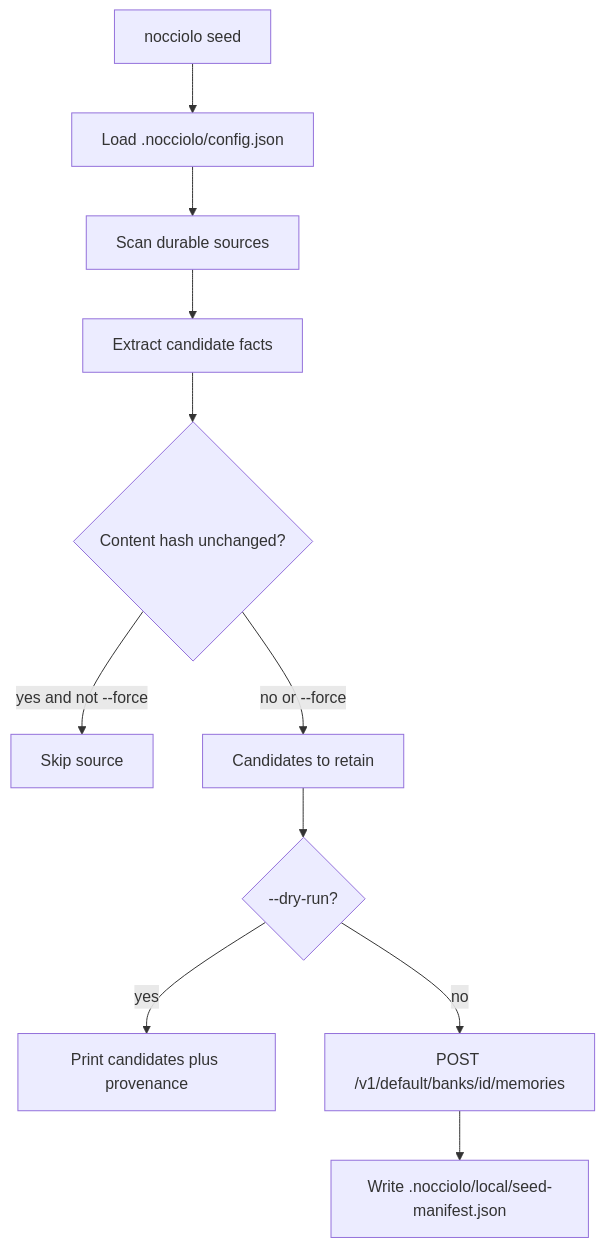
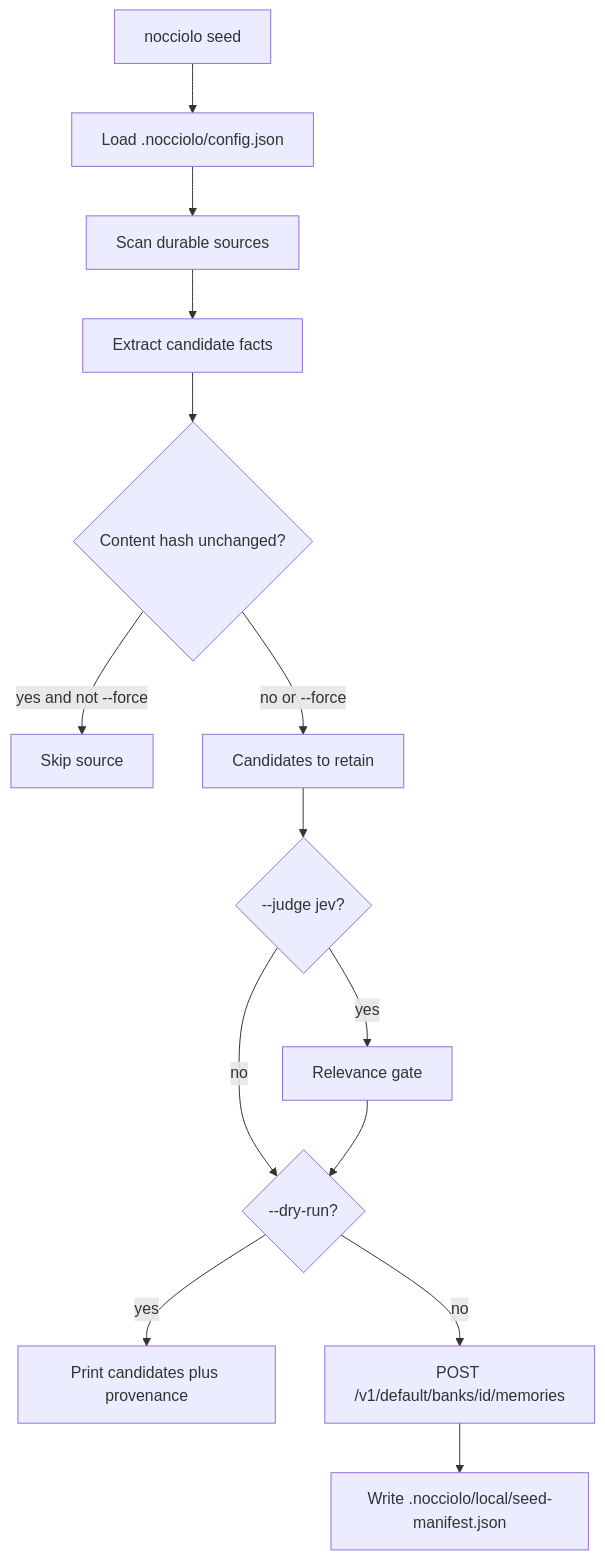
Before and after one commit to zanuka/nocciolo: the second of 2 diagrams in docs/cli-architecture.md, drawn with Mermaid. The commit also changed other lines of this file and 11 other files, not shown here.

Commit message:
Add a Jev relevance gate before seed retain so ephemeral sections are skipped only when the judge is confident.

````diff
--- a/docs/cli-architecture.md
+++ b/docs/cli-architecture.md
@@ -77,13 +77,16 @@
 ```mermaid
 flowchart TD
   start[nocciolo seed] --> loadCfg[Load .nocciolo/config.json]
   loadCfg --> findSources[Scan durable sources]
   findSources --> extract[Extract candidate facts]
   extract --> hashCheck{Content hash unchanged?}
   hashCheck -->|yes and not --force| skip[Skip source]
   hashCheck -->|no or --force| candidates[Candidates to retain]
-  candidates --> dry{--dry-run?}
+  candidates --> judge{--judge jev?}
+  judge -->|no| dry{--dry-run?}
+  judge -->|yes| relevance[Relevance gate]
+  relevance --> dry
   dry -->|yes| preview[Print candidates plus provenance]
   dry -->|no| retain[POST /v1/default/banks/id/memories]
   retain --> manifest[Write .nocciolo/local/seed-manifest.json]
 ```
````
